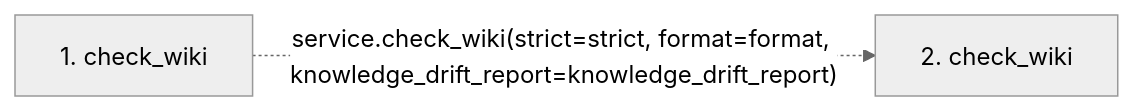
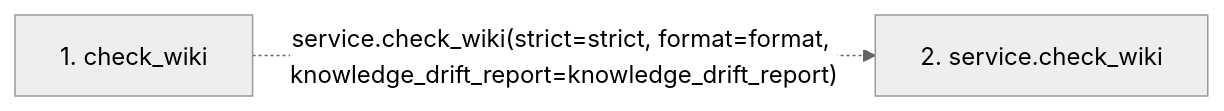
Before and after one commit to Denissvgn/python-wiki-llm: the second of 2 diagrams in docs/llm_wiki/flows/mcp-check_wiki.md, drawn with Mermaid (neutral theme). The commit also changed other lines of this file and 719 other files, not shown here.

````diff
--- a/docs/llm_wiki/flows/mcp-check_wiki.md
+++ b/docs/llm_wiki/flows/mcp-check_wiki.md
@@ -19,7 +20,7 @@
 ```mermaid
 flowchart LR
     s1["1. check_wiki"]
-    s2["2. check_wiki"]
+    s2["2. service.check_wiki"]
     s1 -. "service.check_wiki(strict=strict, format=format, knowledge_drift_report=knowledge_drift_report)" .-> s2
     click s1 "../modules/mcp_server.md"
 ```
````
